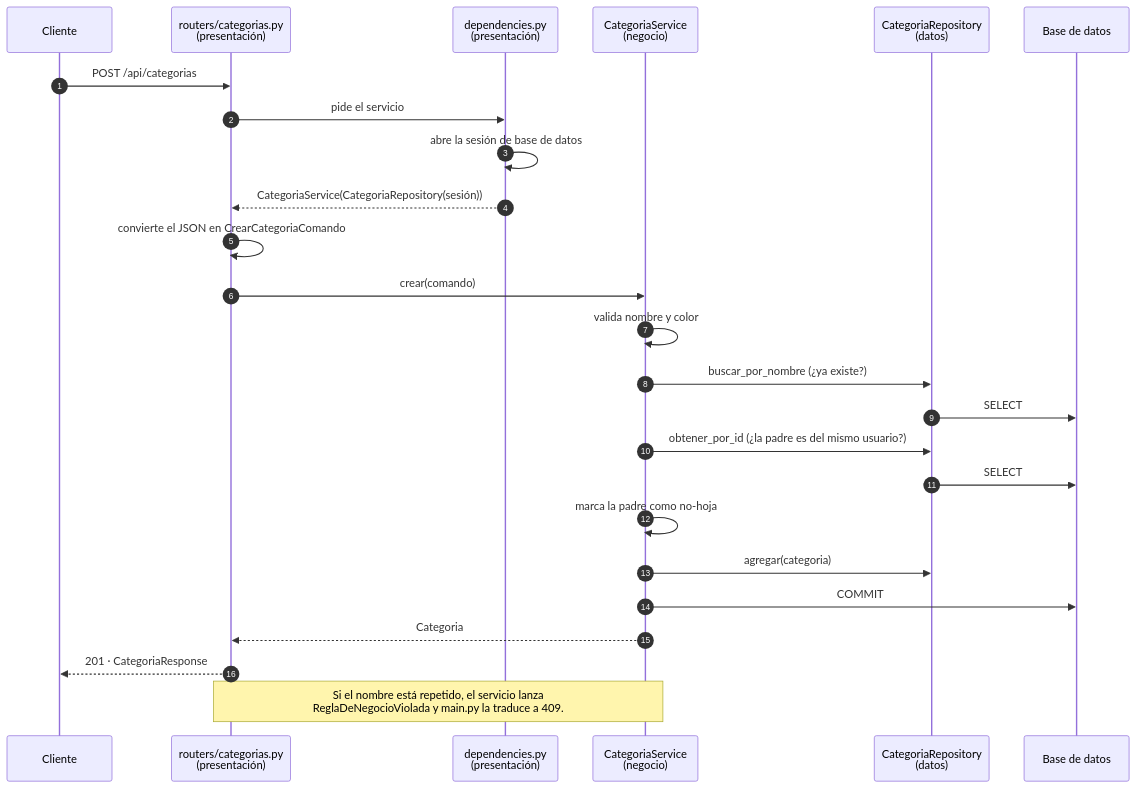
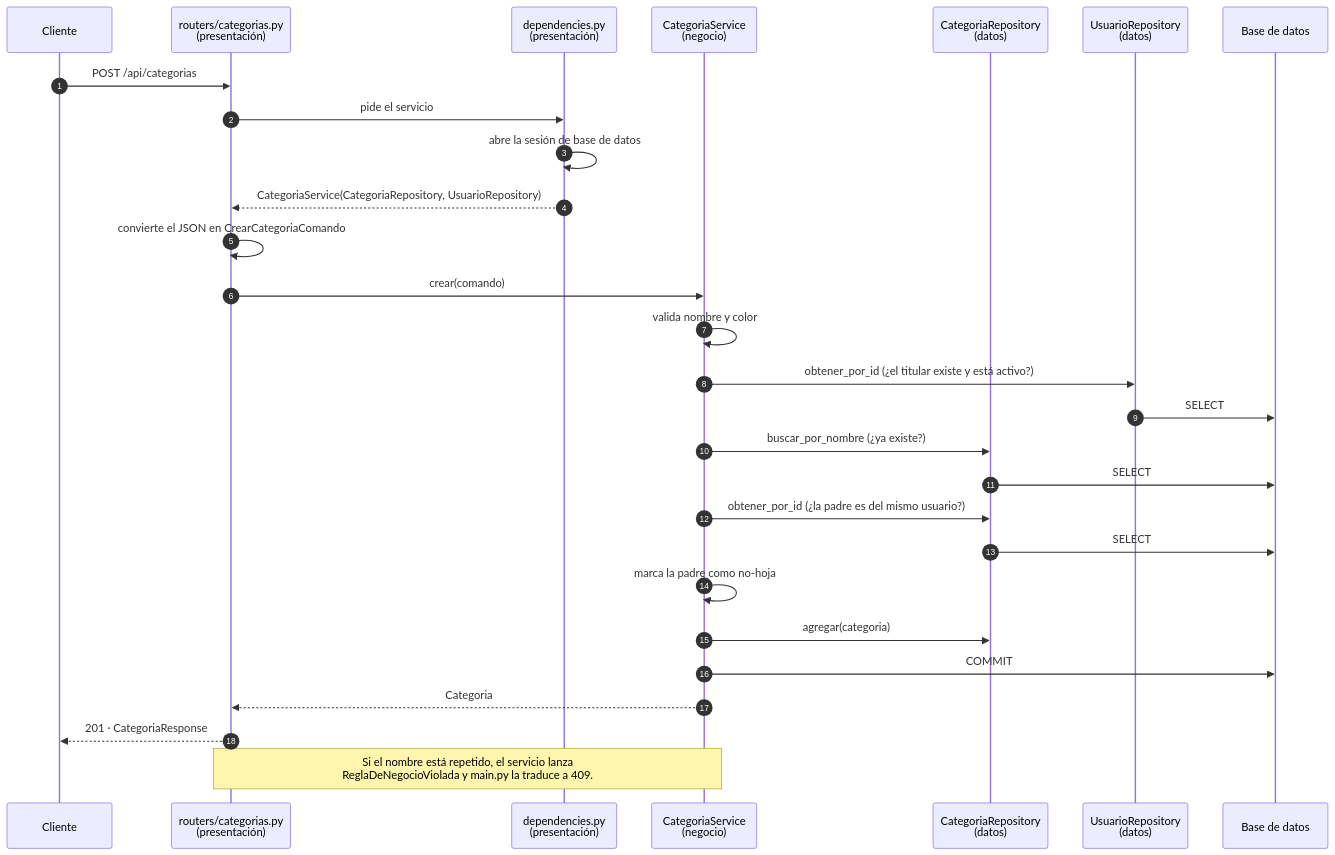
The second of 4 diagrams in docs/arquitectura.md (jose26solis/gastonomo), drawn with Mermaid before and after one commit. The commit also changed other lines of this file and 77 other files, not shown here.

````diff
--- a/docs/arquitectura.md
+++ b/docs/arquitectura.md
@@ -109,29 +113,32 @@
 ```mermaid
 sequenceDiagram
     autonumber
     participant C as Cliente
     participant R as routers/categorias.py<br/>(presentación)
     participant D as dependencies.py<br/>(presentación)
     participant S as CategoriaService<br/>(negocio)
     participant P as CategoriaRepository<br/>(datos)
+    participant U as UsuarioRepository<br/>(datos)
     participant BD as Base de datos
 
     C->>R: POST /api/categorias
     R->>D: pide el servicio
     D->>D: abre la sesión de base de datos
-    D-->>R: CategoriaService(CategoriaRepository(sesión))
+    D-->>R: CategoriaService(CategoriaRepository, UsuarioRepository)
     R->>R: convierte el JSON en CrearCategoriaComando
     R->>S: crear(comando)
     S->>S: valida nombre y color
+    S->>U: obtener_por_id (¿el titular existe y está activo?)
+    U->>BD: SELECT
     S->>P: buscar_por_nombre (¿ya existe?)
     P->>BD: SELECT
     S->>P: obtener_por_id (¿la padre es del mismo usuario?)
     P->>BD: SELECT
     S->>S: marca la padre como no-hoja
     S->>P: agregar(categoria)
     S->>BD: COMMIT
     S-->>R: Categoria
     R-->>C: 201 · CategoriaResponse
 
     Note over S,R: Si el nombre está repetido, el servicio lanza<br/>ReglaDeNegocioViolada y main.py la traduce a 409.
 ```
````
